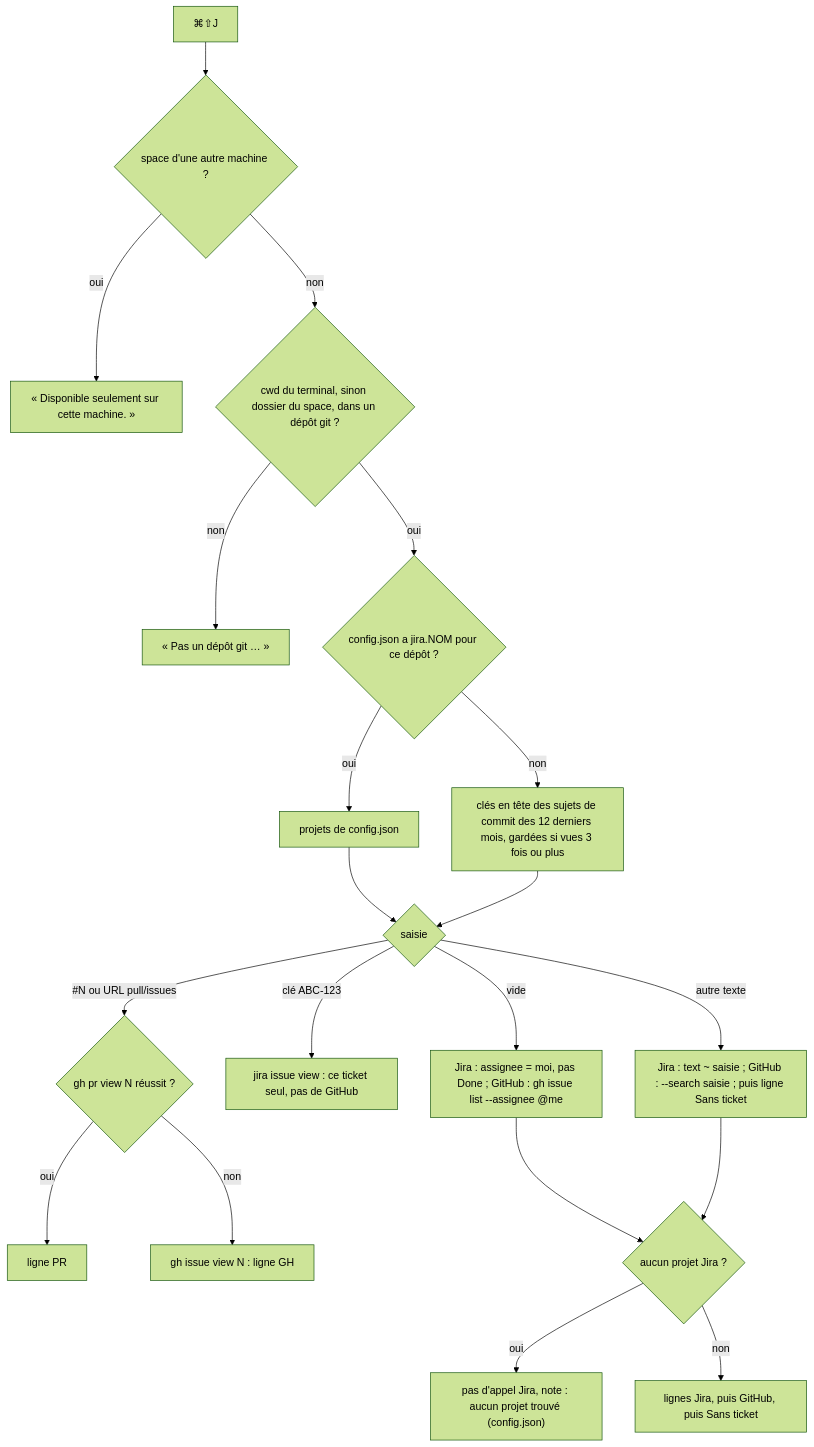
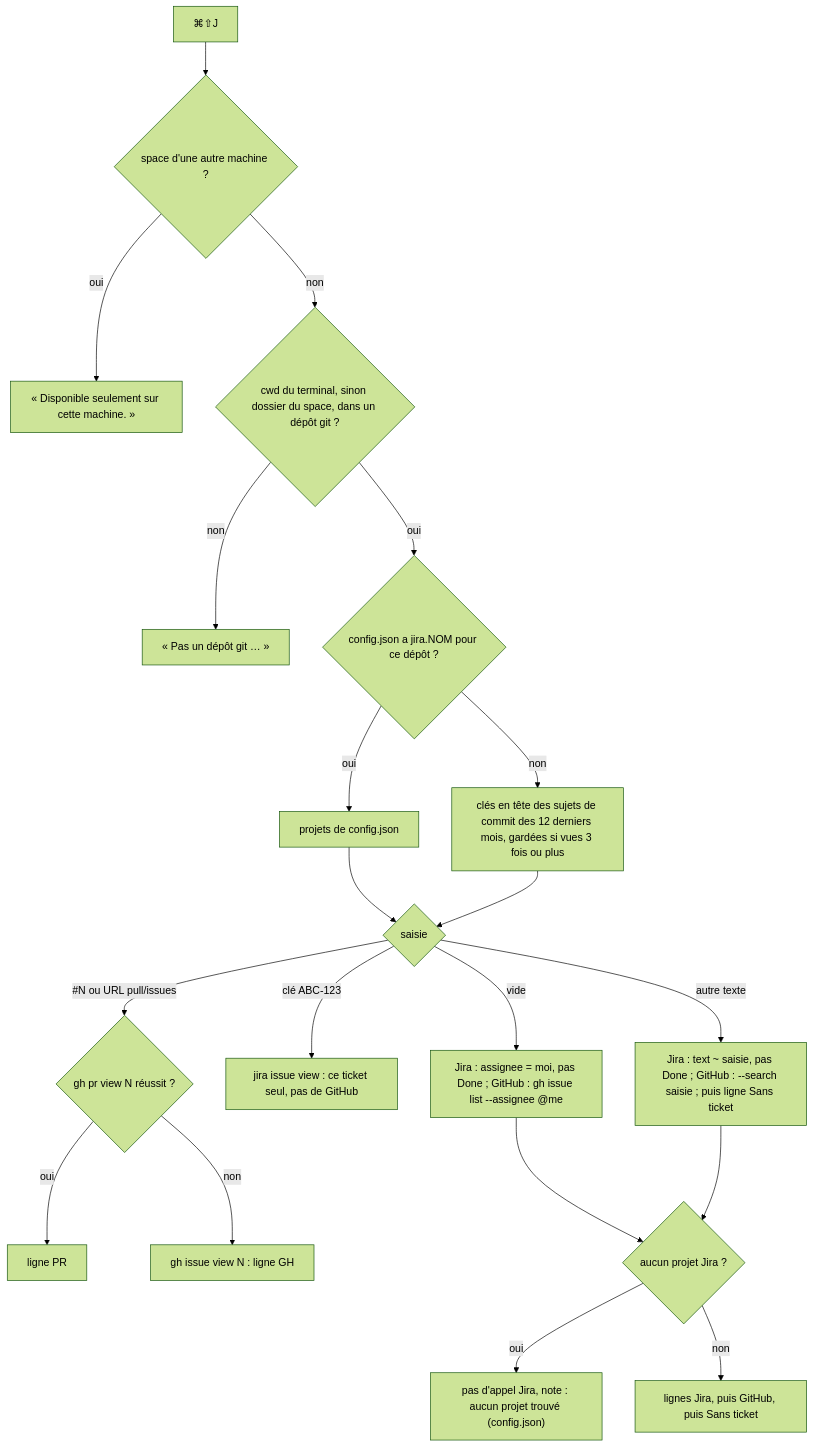
Before and after one commit to jcgay/dotfiles: the first of 3 diagrams in .config/herdr-app/mods/start-work/README.md, drawn with Mermaid (forest theme). The commit also changed other lines of this file and 4 other files, not shown here.

````diff
--- a/.config/herdr-app/mods/start-work/README.md
+++ b/.config/herdr-app/mods/start-work/README.md
@@ -39,22 +39,22 @@
 ```mermaid
 flowchart TD
   O["⌘⇧J"] --> M{"space d'une autre machine ?"}
   M -->|oui| E1["« Disponible seulement sur cette machine. »"]
   M -->|non| R{"cwd du terminal, sinon dossier du space, dans un dépôt git ?"}
   R -->|non| E2["« Pas un dépôt git … »"]
   R -->|oui| C{"config.json a jira.NOM pour ce dépôt ?"}
   C -->|oui| PC["projets de config.json"]
   C -->|non| PL["clés en tête des sujets de commit des 12 derniers mois, gardées si vues 3 fois ou plus"]
   PC --> Q{"saisie"}
   PL --> Q
   Q -->|vide| QV["Jira : assignee = moi, pas Done ; GitHub : gh issue list --assignee @me"]
   Q -->|"clé ABC-123"| QK["jira issue view : ce ticket seul, pas de GitHub"]
   Q -->|"#35;N ou URL pull/issues"| QP{"gh pr view N réussit ?"}
   QP -->|oui| RP["ligne PR"]
   QP -->|non| RI["gh issue view N : ligne GH"]
-  Q -->|"autre texte"| QT["Jira : text ~ saisie ; GitHub : --search saisie ; puis ligne Sans ticket"]
+  Q -->|"autre texte"| QT["Jira : text ~ saisie, pas Done ; GitHub : --search saisie ; puis ligne Sans ticket"]
   QV --> NP{"aucun projet Jira ?"}
   QT --> NP
   NP -->|oui| NJ["pas d'appel Jira, note : aucun projet trouvé (config.json)"]
   NP -->|non| L["lignes Jira, puis GitHub, puis Sans ticket"]
 ```
````
